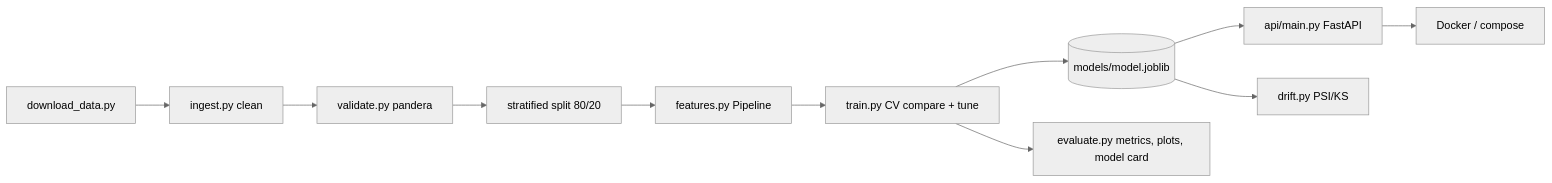
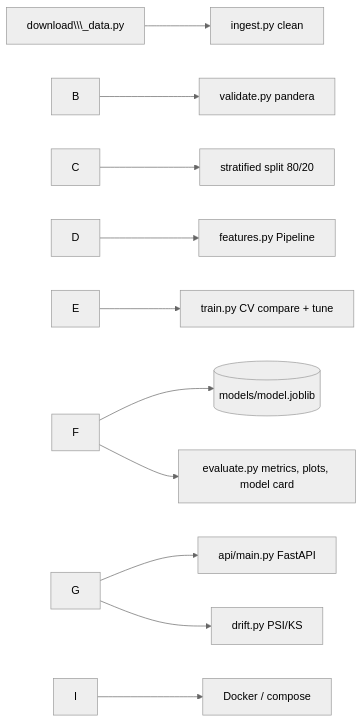
Before and after one commit to techyvaibhav/ml-pipeline: the diagram in README.md, drawn with Mermaid (neutral theme). The commit also changed other lines of this file and 1 other file, not shown here.

Commit message:
Add API screenshot

````diff
--- a/README.md
+++ b/README.md
@@ -7,13 +14,13 @@
 ```mermaid
 flowchart LR
-    A[download_data.py] --> B[ingest.py clean]
-    B --> C[validate.py pandera]
-    C --> D[stratified split 80/20]
-    D --> E[features.py Pipeline]
-    E --> F[train.py CV compare + tune]
-    F --> G[(models/model.joblib)]
-    F --> H[evaluate.py metrics, plots, model card]
-    G --> I[api/main.py FastAPI]
-    G --> J[drift.py PSI/KS]
-    I --> K[Docker / compose]
+    A\\\[download\\\_data.py] --> B\\\[ingest.py clean]
+    B --> C\\\[validate.py pandera]
+    C --> D\\\[stratified split 80/20]
+    D --> E\\\[features.py Pipeline]
+    E --> F\\\[train.py CV compare + tune]
+    F --> G\\\[(models/model.joblib)]
+    F --> H\\\[evaluate.py metrics, plots, model card]
+    G --> I\\\[api/main.py FastAPI]
+    G --> J\\\[drift.py PSI/KS]
+    I --> K\\\[Docker / compose]
 ```
````
